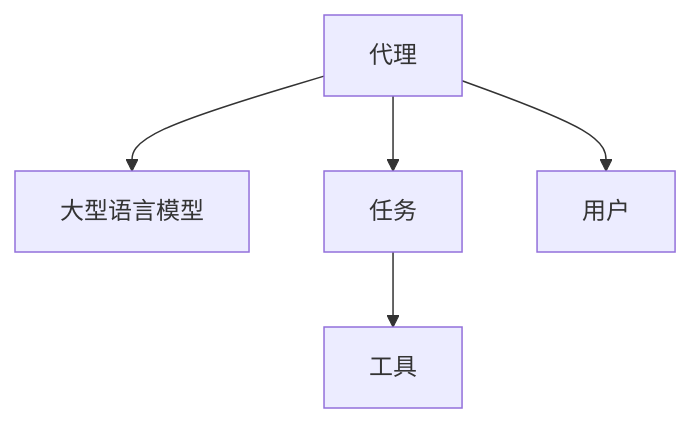
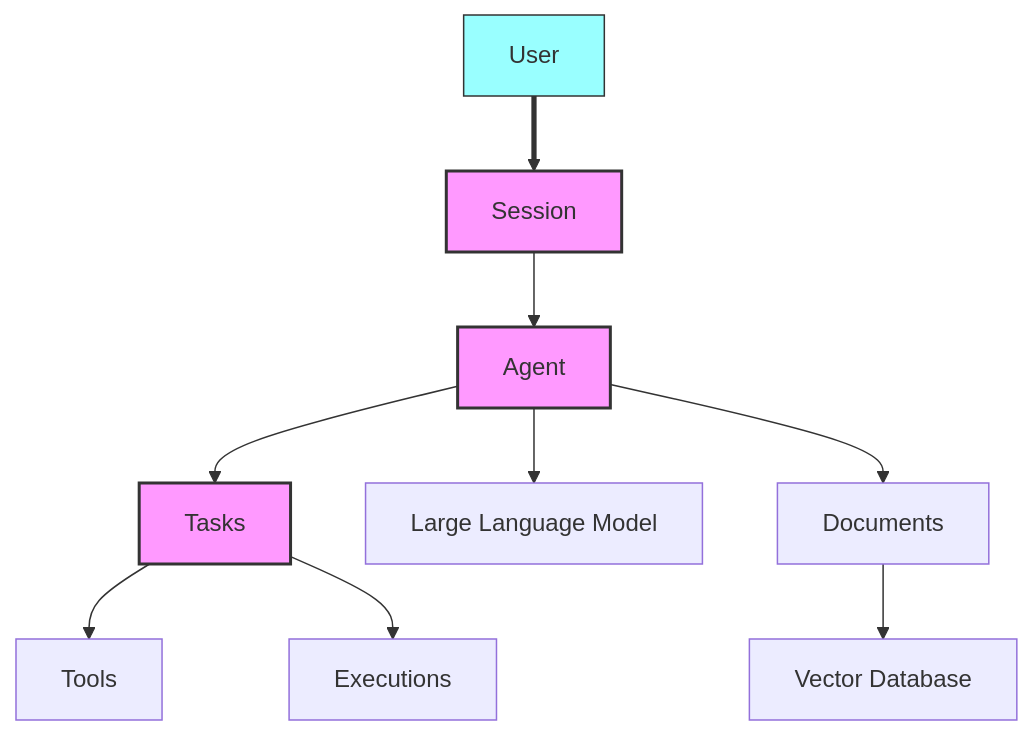
Before and after one commit to julep-ai/julep: the diagram in README-CN.md, drawn with Mermaid. The commit also changed other lines of this file and 5 other files, not shown here.

````diff
--- a/README-CN.md
+++ b/README-CN.md
@@ -451,7 +599,17 @@
 ```mermaid
 graph TD
-    Agent[代理] --> LLM[大型语言模型]
-    Agent --> Tasks[任务]
-    Agent --> Users[用户]
-    Tasks --> Tools[工具]
+    User[User] ==> Session[Session]
+    Session --> Agent[Agent]
+    Agent --> Tasks[Tasks]
+    Agent --> LLM[Large Language Model]
+    Tasks --> Tools[Tools]
+    Agent --> Documents[Documents]
+    Documents --> VectorDB[Vector Database]
+    Tasks --> Executions[Executions]
+
+    classDef client fill:#9ff,stroke:#333,stroke-width:1px;
+    class User client;
+
+    classDef core fill:#f9f,stroke:#333,stroke-width:2px;
+    class Agent,Tasks,Session core;
 ```
````
